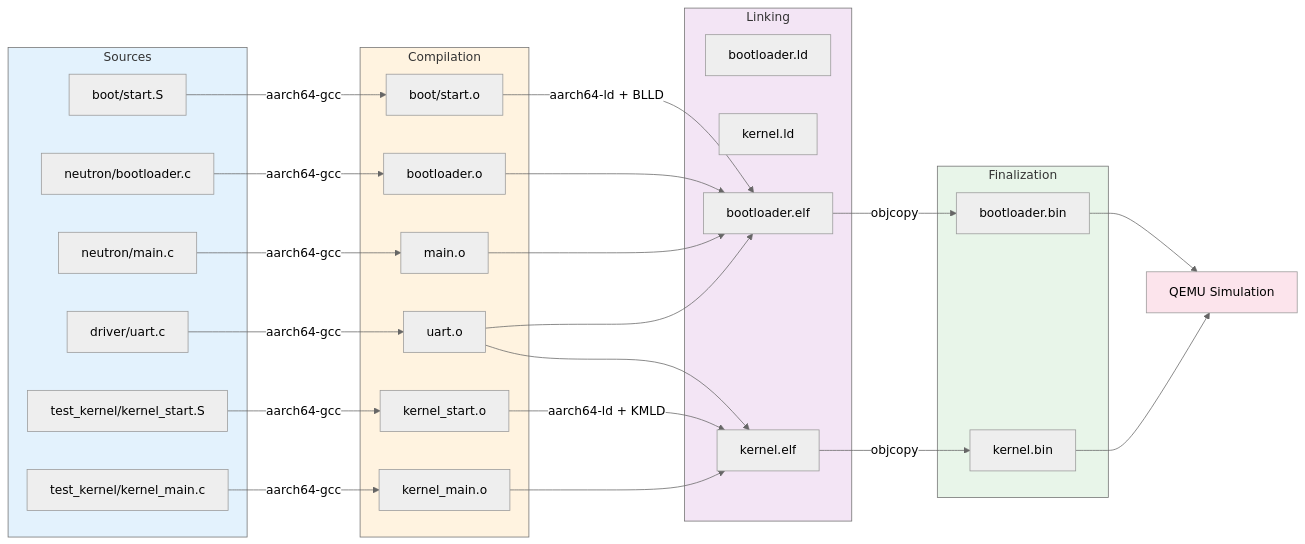
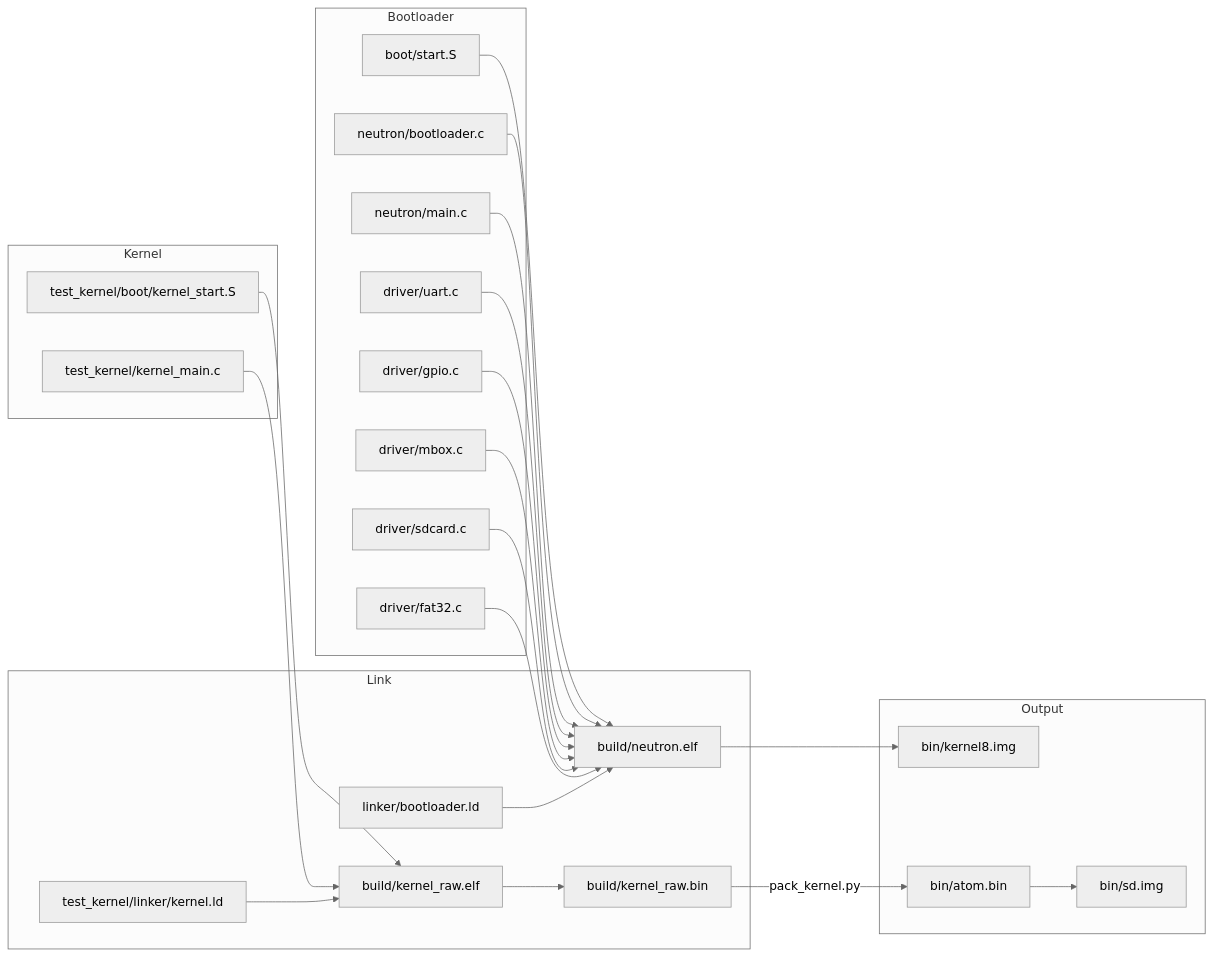
One commit to serene-brew/Neutron changed the third of 3 diagrams in ARCHITECTURE.md. Above: the diagram before and after it, drawn with Mermaid (neutral theme). The commit also changed other lines of this file, not shown here.

Commit message:
[DOCS]: update architecture with raspi3b and updated drivers

````diff
--- a/ARCHITECTURE.md
+++ b/ARCHITECTURE.md
@@ -165,60 +170,47 @@
 ```mermaid
 graph LR
-    subgraph Sources
+    subgraph Bootloader
         AS["boot/start.S"]
         BC["neutron/bootloader.c"]
         MC["neutron/main.c"]
         UC["driver/uart.c"]
-        KS["test_kernel/kernel_start.S"]
+        GC["driver/gpio.c"]
+        MC2["driver/mbox.c"]
+        SC["driver/sdcard.c"]
+        FC["driver/fat32.c"]
+    end
+    subgraph Kernel
+        KS["test_kernel/boot/kernel_start.S"]
         KM["test_kernel/kernel_main.c"]
     end
-    
-    subgraph Compilation
-        ASO["boot/start.o"]
-        BCO["bootloader.o"]
-        MCO["main.o"]
-        UCO["uart.o"]
-        KSO["kernel_start.o"]
-        KMO["kernel_main.o"]
+    subgraph Link
+        BLLD["linker/bootloader.ld"]
+        KLLD["test_kernel/linker/kernel.ld"]
+        BLE["build/neutron.elf"]
+        KRE["build/kernel_raw.elf"]
+        KRB["build/kernel_raw.bin"]
     end
-    
-    subgraph Linking
-        BLLD["bootloader.ld"]
-        KMLD["kernel.ld"]
-        BLE["bootloader.elf"]
-        KBE["kernel.elf"]
+    subgraph Output
+        BLIMG["bin/kernel8.img"]
+        ATOM["bin/atom.bin"]
+        SDIMG["bin/sd.img"]
     end
-    
-    subgraph Finalization
-        BLB["bootloader.bin"]
-        KBB["kernel.bin"]
-    end
-    
-    AS -->|aarch64-gcc| ASO
-    BC -->|aarch64-gcc| BCO
-    MC -->|aarch64-gcc| MCO
-    UC -->|aarch64-gcc| UCO
-    KS -->|aarch64-gcc| KSO
-    KM -->|aarch64-gcc| KMO
-    
-    ASO -->|aarch64-ld + BLLD| BLE
-    BCO --> BLE
-    MCO --> BLE
-    UCO --> BLE
-    
-    KSO -->|aarch64-ld + KMLD| KBE
-    KMO --> KBE
-    UCO --> KBE
-    
-    BLE -->|objcopy| BLB
-    KBE -->|objcopy| KBB
-    
-    BLB --> QEMU["QEMU Simulation"]
-    KBB --> QEMU
-    
-    style Sources fill:#e3f2fd
-    style Compilation fill:#fff3e0
-    style Linking fill:#f3e5f5
-    style Finalization fill:#e8f5e9
-    style QEMU fill:#fce4ec
+
+    AS --> BLE
+    BC --> BLE
+    MC --> BLE
+    UC --> BLE
+    GC --> BLE
+    MC2 --> BLE
+    SC --> BLE
+    FC --> BLE
+    BLLD --> BLE
+    BLE --> BLIMG
+
+    KS --> KRE
+    KM --> KRE
+    KLLD --> KRE
+    KRE --> KRB
+    KRB -->|pack_kernel.py| ATOM
+    ATOM --> SDIMG
 ```
````
